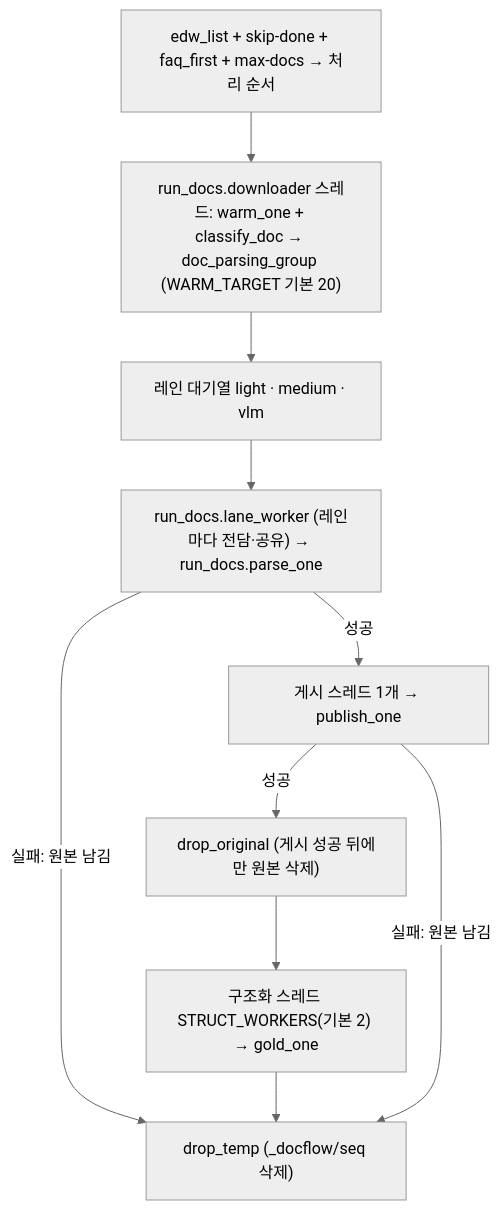
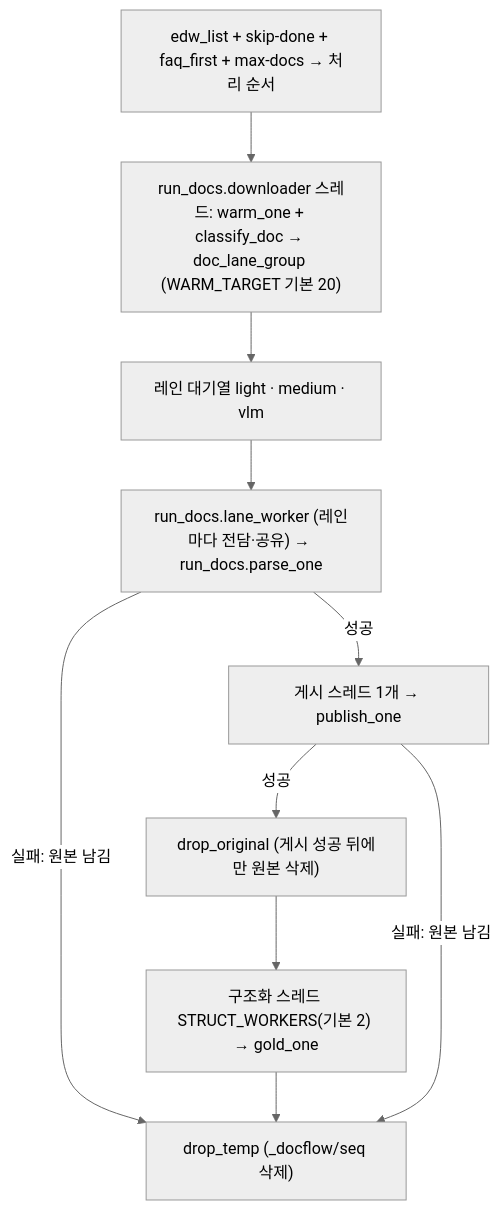
The third of 11 diagrams in docs/architecture/parse_flow.md (gigasamba/sbl_data_parsing), drawn with Mermaid (neutral theme) before and after one commit. The commit also changed other lines of this file and 8 other files, not shown here.

First line of the commit message:
rename doc_parsing_group -> doc_lane_group (user 11-05: it picks the run_docs lane)

````diff
--- a/docs/architecture/parse_flow.md
+++ b/docs/architecture/parse_flow.md
@@ -59,16 +59,16 @@
 ```mermaid
 flowchart TD
     L["edw_list + skip-done + faq_first + max-docs → 처리 순서"]
-    W["run_docs.downloader 스레드: warm_one + classify_doc → doc_parsing_group (WARM_TARGET 기본 20)"]
+    W["run_docs.downloader 스레드: warm_one + classify_doc → doc_lane_group (WARM_TARGET 기본 20)"]
     Q["레인 대기열 light · medium · vlm"]
     LW["run_docs.lane_worker (레인마다 전담·공유) → run_docs.parse_one"]
     PUB["게시 스레드 1개 → publish_one"]
     DROP["drop_original (게시 성공 뒤에만 원본 삭제)"]
     G["구조화 스레드 STRUCT_WORKERS(기본 2) → gold_one"]
     T["drop_temp (_docflow/seq 삭제)"]
     L --> W --> Q --> LW
     LW -- "성공" --> PUB
     LW -- "실패: 원본 남김" --> T
     PUB -- "성공" --> DROP --> G --> T
     PUB -- "실패: 원본 남김" --> T
 ```
````
